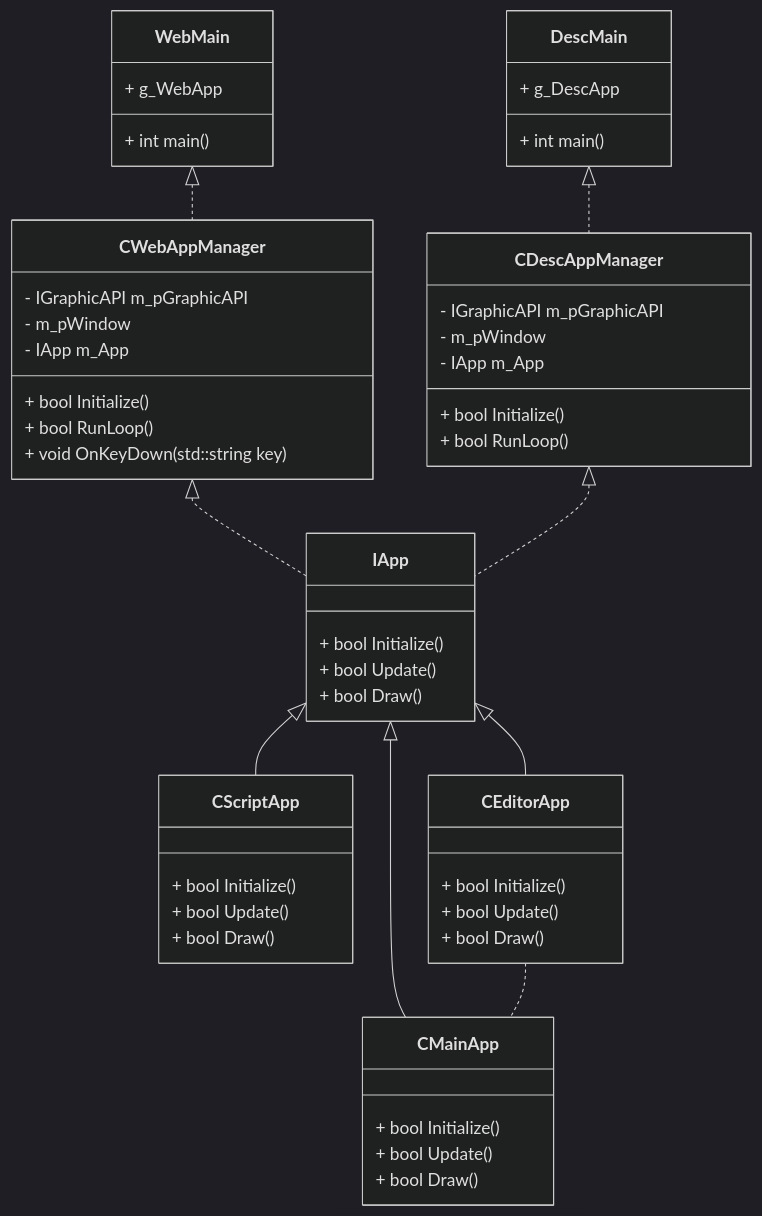
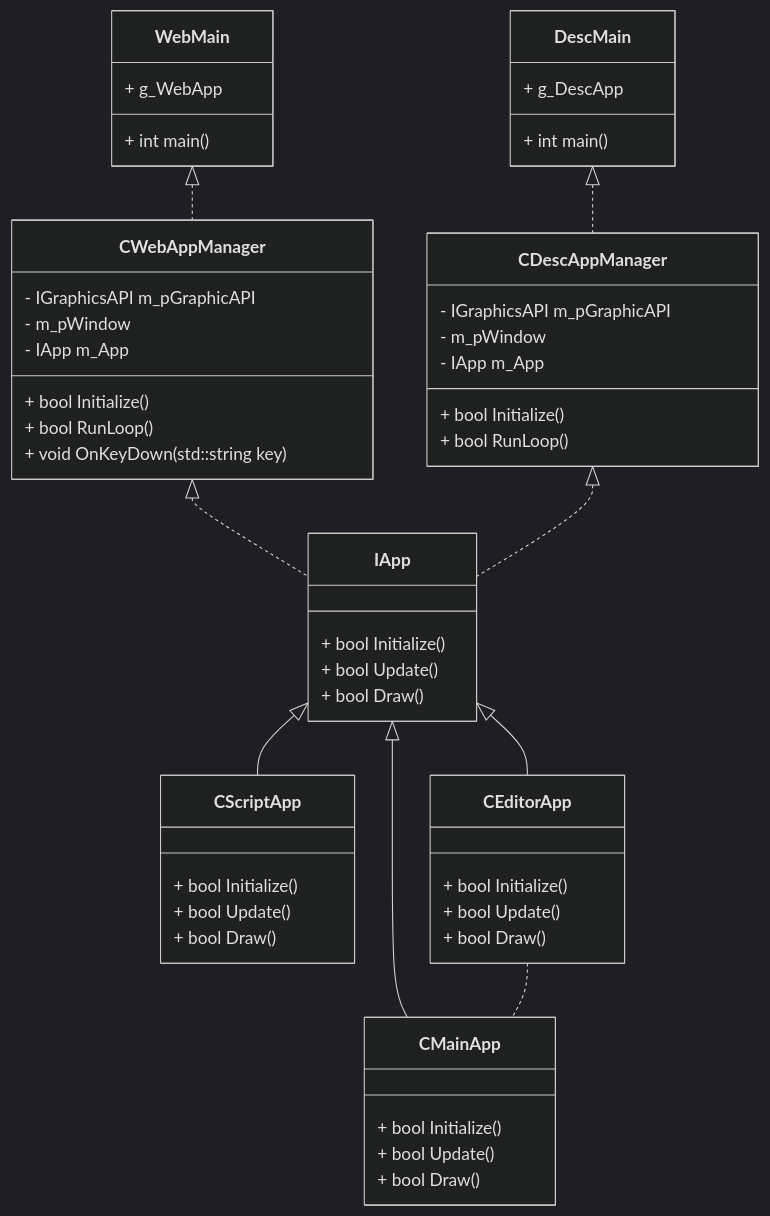
One commit to HaruoOgawa/Garnet changed the diagram in Garnet/UML/MainStructure.md. Above: the diagram before and after it, drawn with Mermaid (dark theme).

````diff
--- a/Garnet/UML/MainStructure.md
+++ b/Garnet/UML/MainStructure.md
@@ -1,67 +1,67 @@
 ```mermaid
 classDiagram
     class WebMain{
         + g_WebApp
         + int main()
     }
     
     class CWebAppManager{
-        - IGraphicAPI m_pGraphicAPI
+        - IGraphicsAPI m_pGraphicAPI
         - m_pWindow
         - IApp m_App
         + bool Initialize()
         + bool RunLoop()
         + void OnKeyDown(std::string key)
     }
     
     WebMain <|.. CWebAppManager
     
     class DescMain{
         + g_DescApp
         + int main()
     }
     
     class CDescAppManager{
-        - IGraphicAPI m_pGraphicAPI
+        - IGraphicsAPI m_pGraphicAPI
         - m_pWindow
         - IApp m_App
         + bool Initialize()
         + bool RunLoop()
     }
     
     DescMain <|.. CDescAppManager
     
     class IApp{
         + bool Initialize()
         + bool Update()
         + bool Draw()
     }
     
     CWebAppManager <|.. IApp
     CDescAppManager <|.. IApp
     
     class CScriptApp{
         + bool Initialize()
         + bool Update()
         + bool Draw()
     }
     
     IApp <|-- CScriptApp
     
     class CEditorApp{
         + bool Initialize()
         + bool Update()
         + bool Draw()
     }
     
     IApp <|-- CEditorApp
     
     class CMainApp{
         + bool Initialize()
         + bool Update()
         + bool Draw()
     }
     
     IApp <|-- CMainApp
     CEditorApp .. CMainApp
 ```
````
